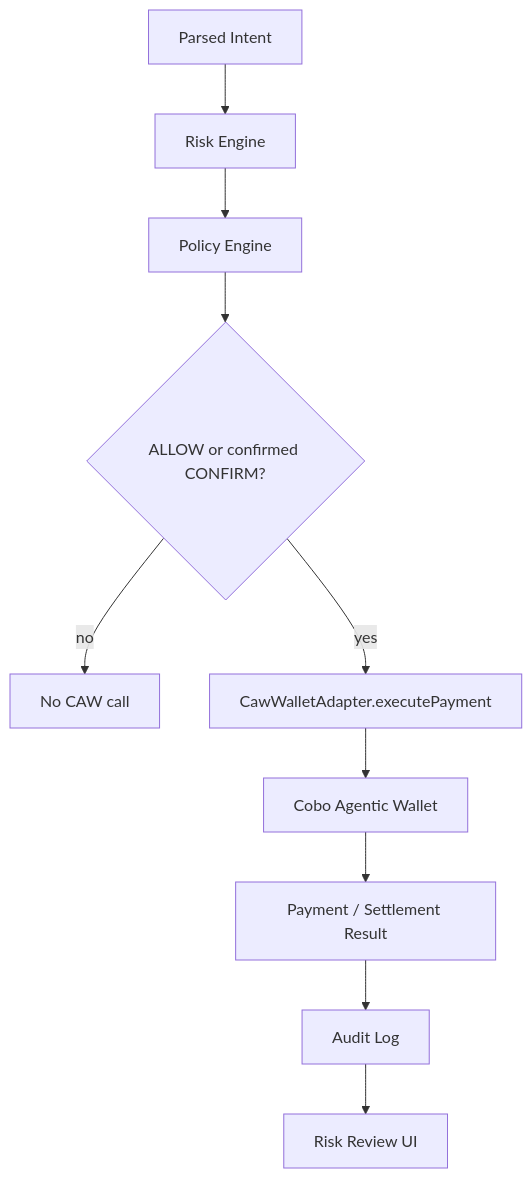
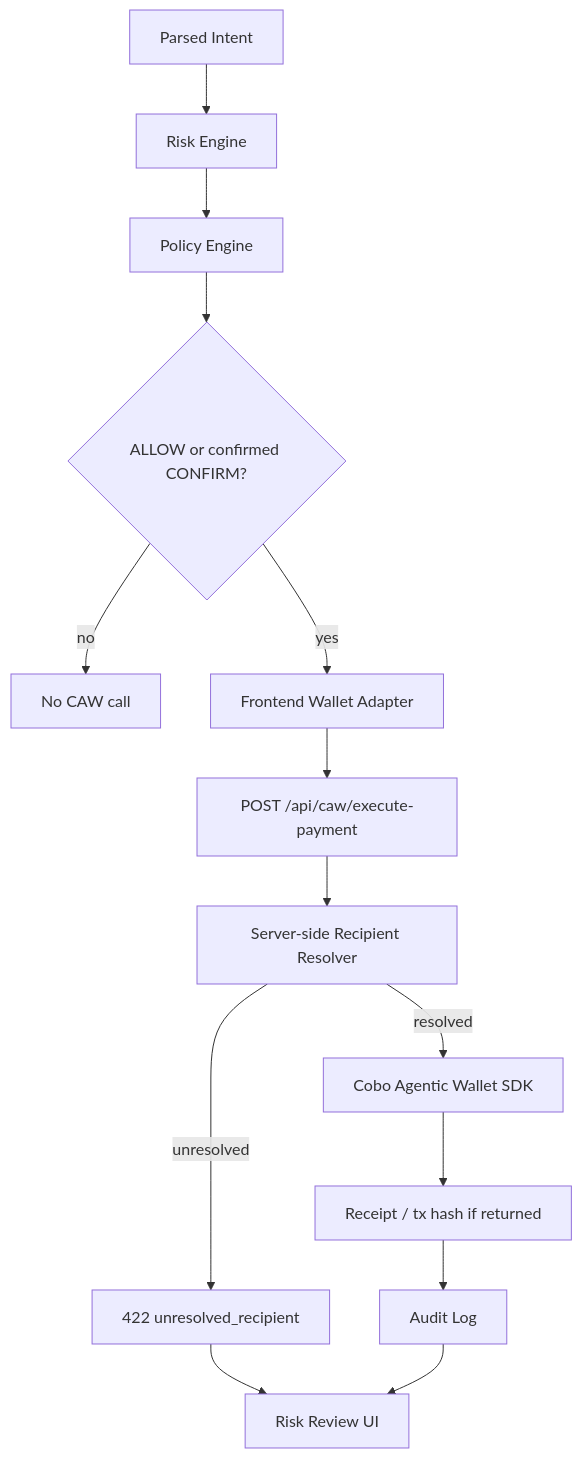
The diagram in docs/06-cobo-caw-integration.md (tz-hao/guardian-agent-wallet), drawn with Mermaid before and after one commit. The commit also changed other lines of this file and 50 other files, not shown here.

````diff
--- a/docs/06-cobo-caw-integration.md
+++ b/docs/06-cobo-caw-integration.md
@@ -17,12 +42,16 @@
 ```mermaid
 flowchart TD
   A["Parsed Intent"] --> B["Risk Engine"]
   B --> C["Policy Engine"]
   C --> D{"ALLOW or confirmed CONFIRM?"}
   D -->|"no"| E["No CAW call"]
-  D -->|"yes"| F["CawWalletAdapter.executePayment"]
-  F --> G["Cobo Agentic Wallet"]
-  G --> H["Payment / Settlement Result"]
-  H --> I["Audit Log"]
-  I --> J["Risk Review UI"]
+  D -->|"yes"| F["Frontend Wallet Adapter"]
+  F --> G["POST /api/caw/execute-payment"]
+  G --> H["Server-side Recipient Resolver"]
+  H -->|"resolved"| I["Cobo Agentic Wallet SDK"]
+  H -->|"unresolved"| J["422 unresolved_recipient"]
+  I --> K["Receipt / tx hash if returned"]
+  J --> L["Risk Review UI"]
+  K --> M["Audit Log"]
+  M --> L
 ```
````
